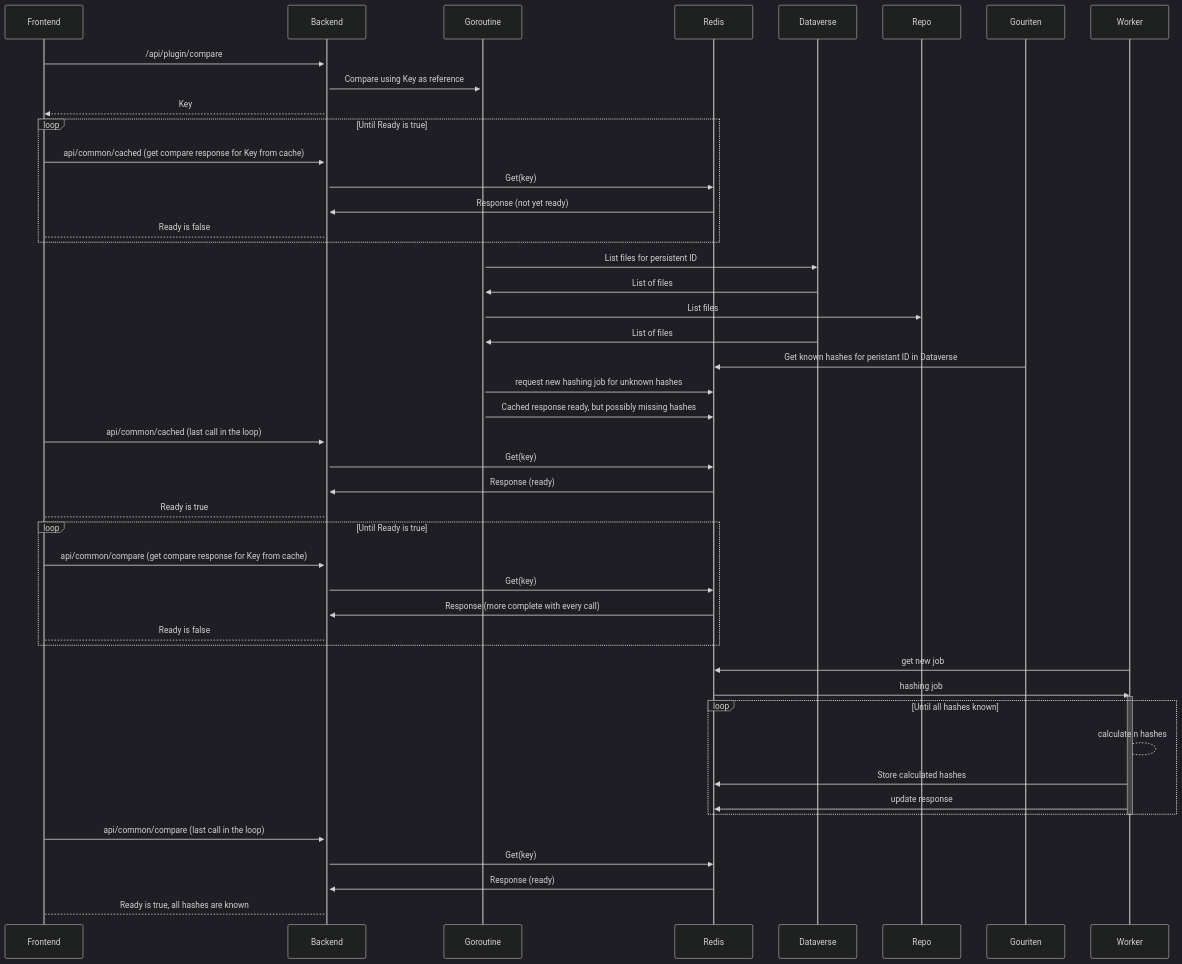
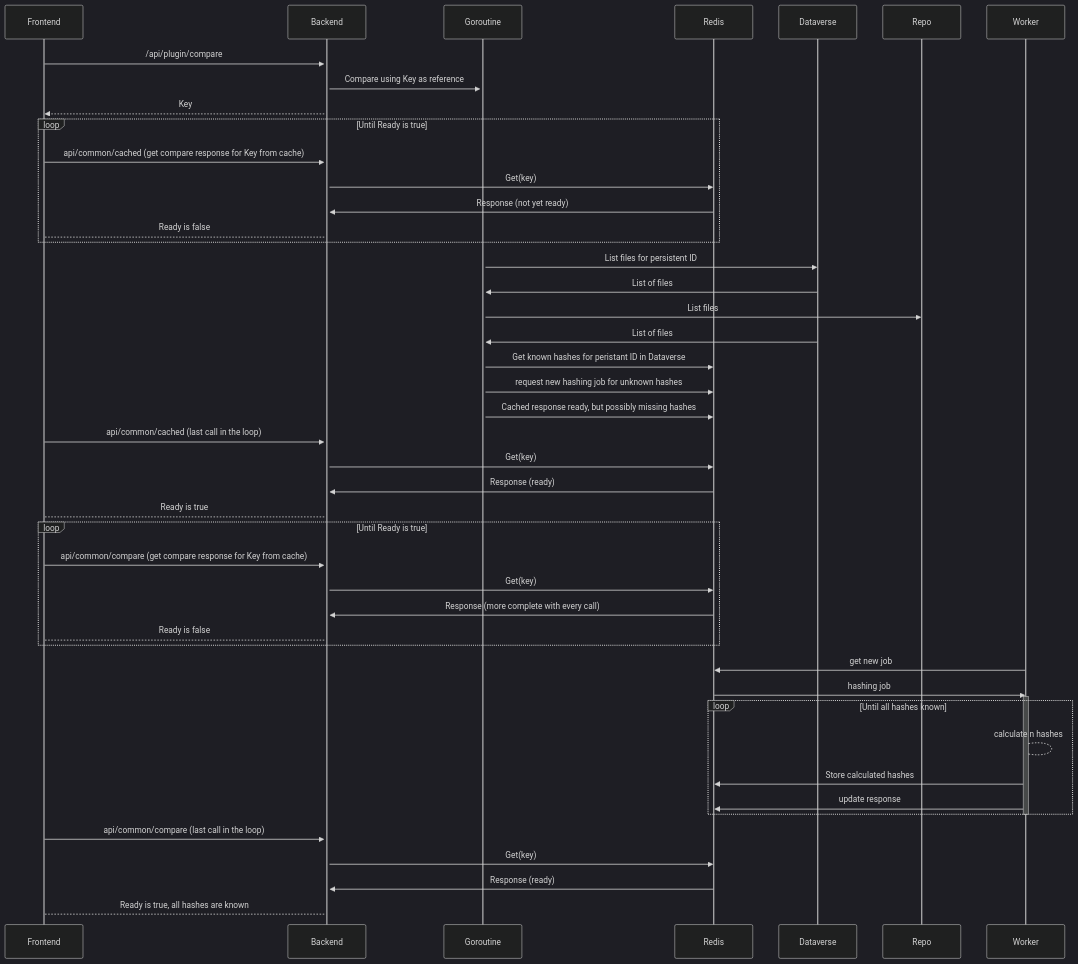
The second of 2 diagrams in README.md (libis/rdm-integration), drawn with Mermaid (dark theme) before and after one commit.

````diff
--- a/README.md
+++ b/README.md
@@ -47,42 +47,42 @@
 ```mermaid
 sequenceDiagram
     Frontend->>+Backend: /api/plugin/compare
     Backend->>+Goroutine: Compare using Key as reference
     Backend-->>Frontend: Key
     loop Until Ready is true
     	Frontend->>Backend: api/common/cached (get compare response for Key from cache)
 	Backend->>Redis: Get(key)
 	Redis->>Backend: Response (not yet ready)
         Backend-->Frontend: Ready is false
     end
     Goroutine->>Dataverse: List files for persistent ID
     Dataverse->>Goroutine: List of files
     Goroutine->>Repo: List files
     Dataverse->>Goroutine: List of files
-    Gouriten->>Redis: Get known hashes for peristant ID in Dataverse
+    Goroutine->>Redis: Get known hashes for peristant ID in Dataverse
     Goroutine->>Redis: request new hashing job for unknown hashes
     Goroutine->>Redis: Cached response ready, but possibly missing hashes
     Frontend->>Backend: api/common/cached (last call in the loop)
     Backend->>Redis: Get(key)
     Redis->>Backend: Response (ready)
     Backend-->Frontend: Ready is true
     loop Until Ready is true
     	Frontend->>Backend: api/common/compare (get compare response for Key from cache)
 	Backend->>Redis: Get(key)
 	Redis->>Backend: Response (more complete with every call)
         Backend-->Frontend: Ready is false
     end
     Worker->>Redis: get new job
     Redis->>Worker: hashing job
     activate Worker
     loop Until all hashes known
     	Worker-->Worker: calculate n hashes
 	Worker->>Redis: Store calculated hashes
 	Worker->>Redis: update response
     end
     deactivate Worker
     Frontend->>Backend: api/common/compare (last call in the loop)
     Backend->>Redis: Get(key)
     Redis->>Backend: Response (ready)
     Backend-->Frontend: Ready is true, all hashes are known
 ```
````
